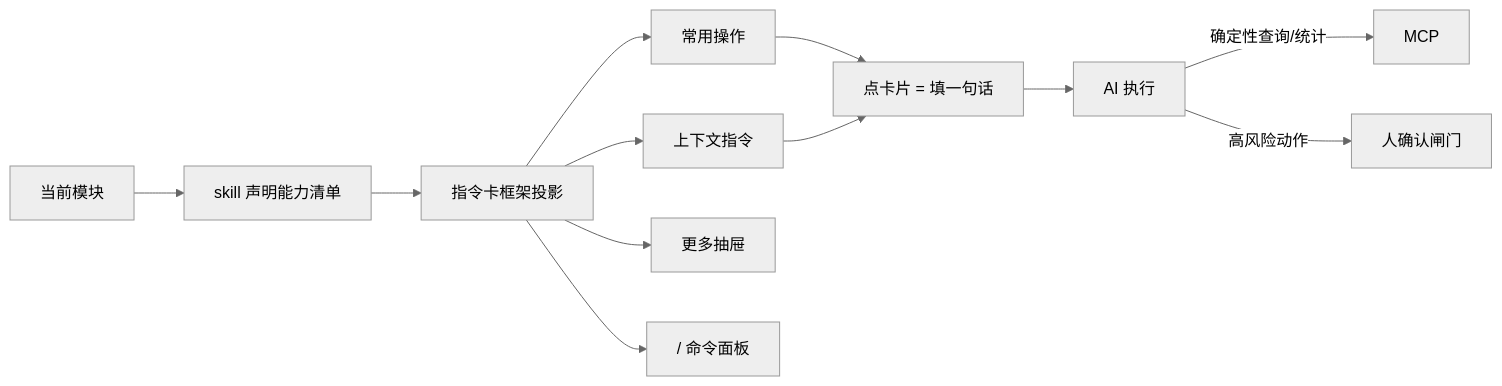
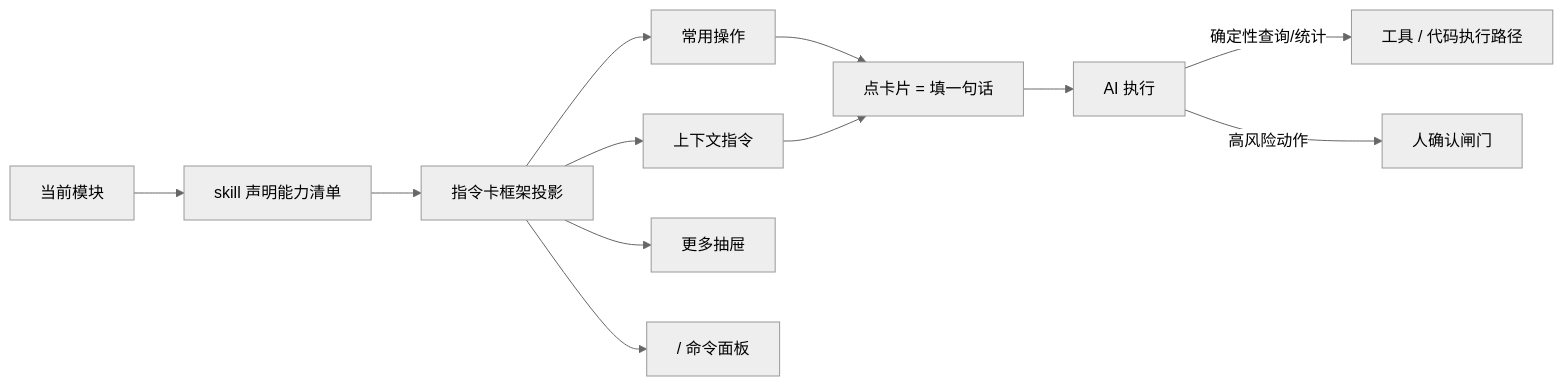
One commit to huangandy007/openhive changed the diagram in docs/superpowers/specs/006-ai-session/plan.md. Above: the diagram before and after it, drawn with Mermaid (neutral theme). The commit also changed other lines of this file and 9 other files, not shown here.

````diff
--- a/docs/superpowers/specs/006-ai-session/plan.md
+++ b/docs/superpowers/specs/006-ai-session/plan.md
@@ -150,14 +150,14 @@
 ```mermaid
 flowchart LR
     MODULE[当前模块] --> DECLARE[skill 声明能力清单]
     DECLARE --> CARDS[指令卡框架投影]
     CARDS --> C1[常用操作]
     CARDS --> C2[上下文指令]
     CARDS --> C3[更多抽屉]
     CARDS --> C4["/ 命令面板"]
     C1 --> CLICK[点卡片 = 填一句话]
     C2 --> CLICK
     CLICK --> AI[AI 执行]
-    AI -->|确定性查询/统计| MCP[MCP]
+    AI -->|确定性查询/统计| TOOL[工具 / 代码执行路径]
     AI -->|高风险动作| CONFIRM[人确认闸门]
 ```
````
